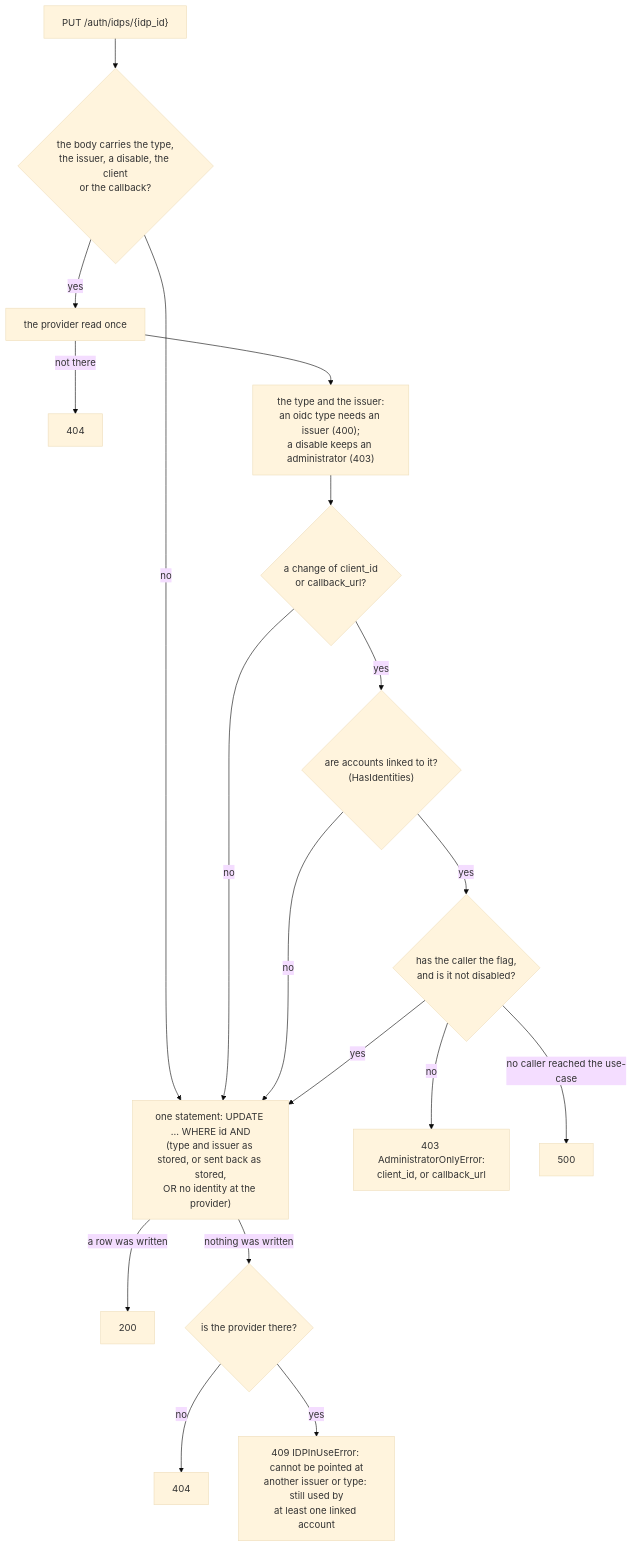
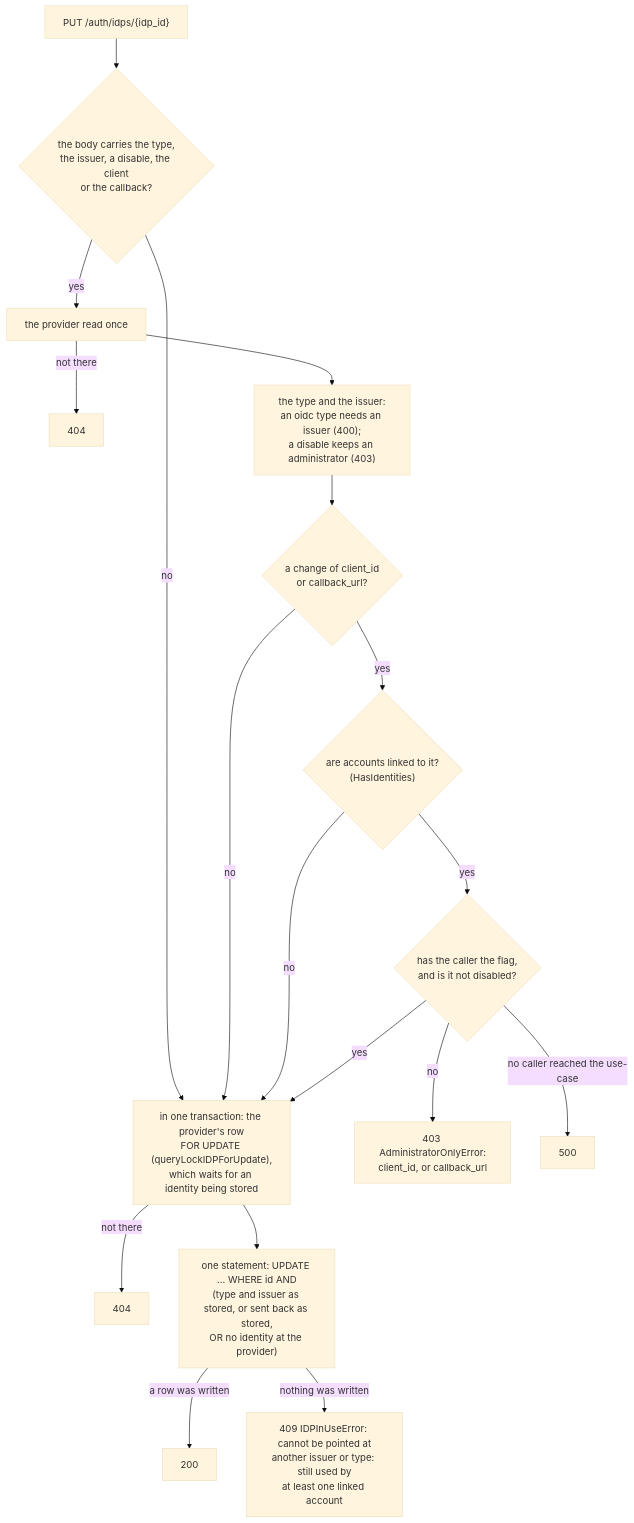
Before and after one commit to p2p-b2b/go-rest-api-service-template: the eighth of 9 diagrams in docs/architecture/identity-providers.md, drawn with Mermaid (base theme). The commit also changed other lines of this file and 22 other files, not shown here.

First line of the commit message:
fix(idps): an identity is stored, and found, only under the provider it signed in with (#152)

````diff
--- a/docs/architecture/identity-providers.md
+++ b/docs/architecture/identity-providers.md
@@ -491,20 +492,20 @@
 ```mermaid
 flowchart TD
     P["PUT /auth/idps/{idp_id}"] --> RD{"the body carries the type,<br/>the issuer, a disable, the client<br/>or the callback?"}
     RD -- yes --> G["the provider read once"]
     G -- "not there" --> N1["404"]
     G --> K["the type and the issuer:<br/>an oidc type needs an issuer (400);<br/>a disable keeps an administrator (403)"]
-    RD -- no --> S
+    RD -- no --> L
     K --> CL{"a change of client_id<br/>or callback_url?"}
-    CL -- no --> S
+    CL -- no --> L
     CL -- yes --> H{"are accounts linked to it?<br/>(HasIdentities)"}
-    H -- no --> S
+    H -- no --> L
     H -- yes --> A{"has the caller the flag,<br/>and is it not disabled?"}
     A -- no --> F["403 AdministratorOnlyError:<br/>client_id, or callback_url"]
     A -- "no caller reached the use-case" --> W["500"]
-    A -- yes --> S["one statement: UPDATE ... WHERE id AND<br/>(type and issuer as stored, or sent back as stored,<br/>OR no identity at the provider)"]
+    A -- yes --> L["in one transaction: the provider's row<br/>FOR UPDATE (queryLockIDPForUpdate),<br/>which waits for an identity being stored"]
+    L -- "not there" --> N["404"]
+    L --> S["one statement: UPDATE ... WHERE id AND<br/>(type and issuer as stored, or sent back as stored,<br/>OR no identity at the provider)"]
     S -- "a row was written" --> OK["200"]
-    S -- "nothing was written" --> R{"is the provider there?"}
-    R -- no --> N["404"]
-    R -- yes --> C["409 IDPInUseError: cannot be pointed at<br/>another issuer or type: still used by<br/>at least one linked account"]
+    S -- "nothing was written" --> C["409 IDPInUseError: cannot be pointed at<br/>another issuer or type: still used by<br/>at least one linked account"]
 ```
````
